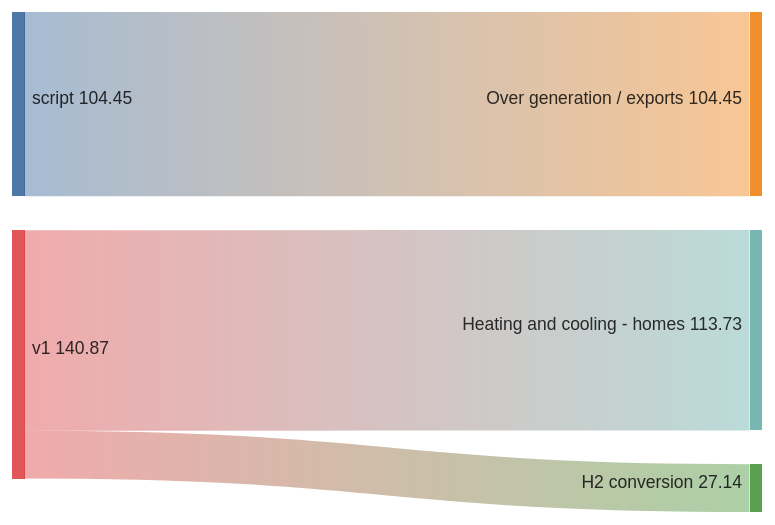
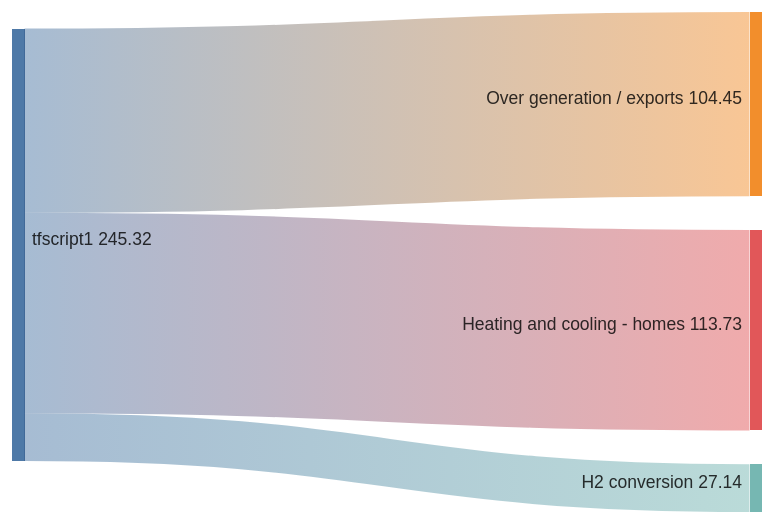
The second of 2 diagrams in devops/terraform-tut.md (sohale/cs-glossaries), drawn with Mermaid before and after one commit. The commit also changed other lines of this file, not shown here.

````diff
--- a/devops/terraform-tut.md
+++ b/devops/terraform-tut.md
@@ -143,8 +145,9 @@
 ```mermaid
 sankey-beta
 
+
 %% source,target,value
-script,Over generation / exports,104.453
-v1,Heating and cooling - homes,113.726
-v1,H2 conversion,27.14
+tfscript1,Over generation / exports,104.453
+tfscript1,Heating and cooling - homes,113.726
+tfscript1,H2 conversion,27.14
 ```
````
